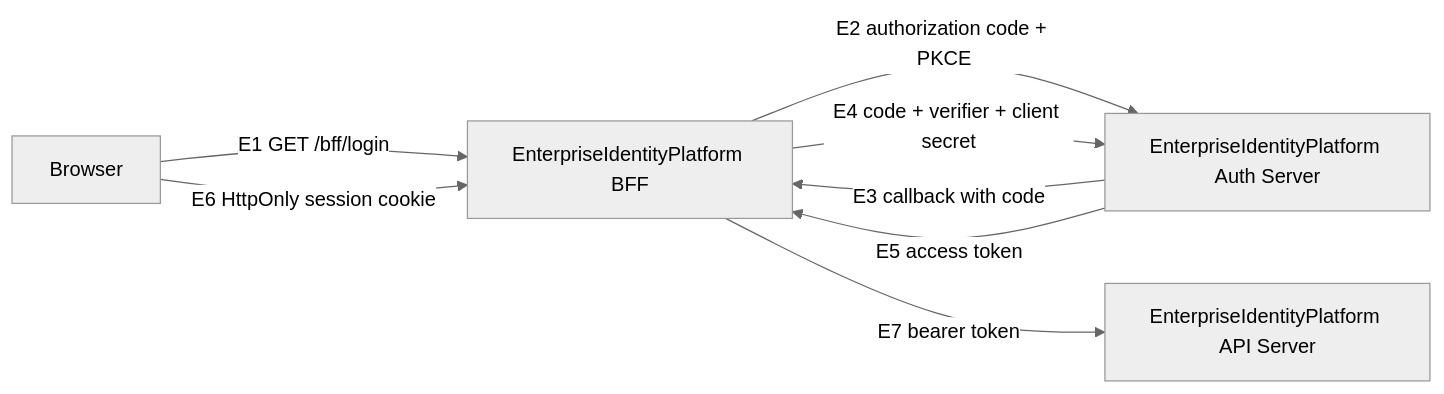
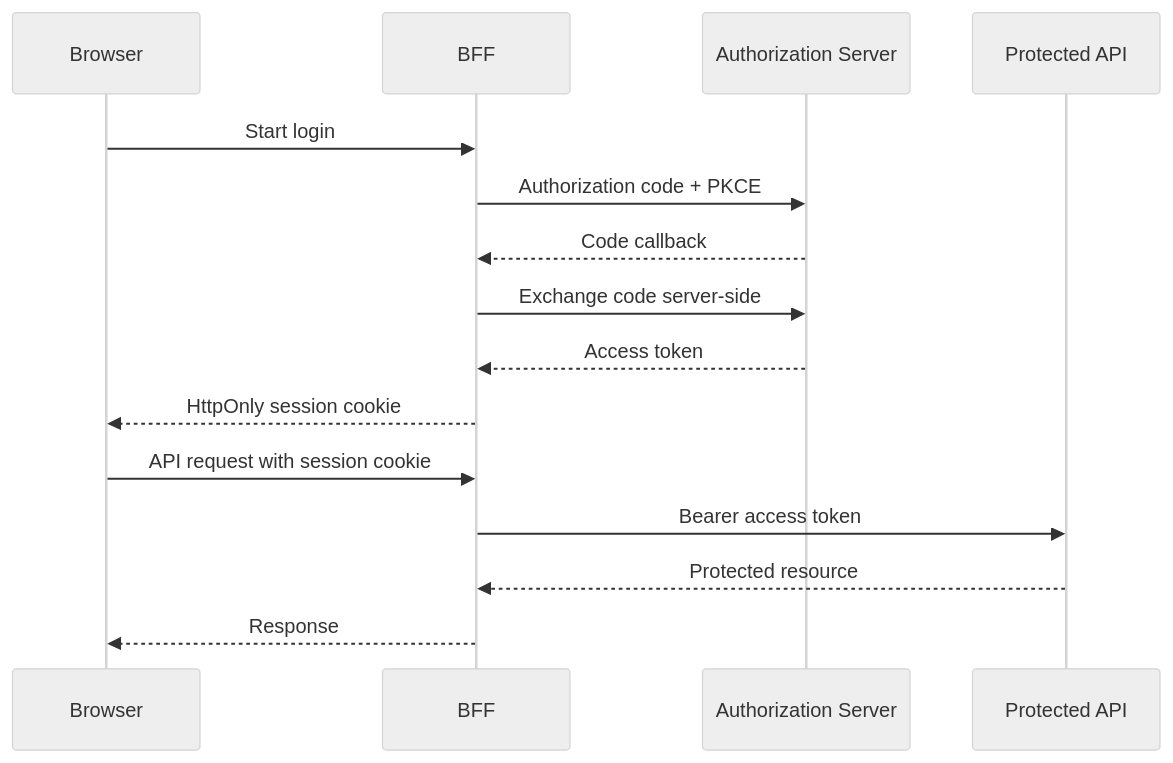
Before and after one commit to haoyucheng369-gif/EnterpriseIdentityPlatform: the second of 2 diagrams in README.md, drawn with Mermaid (neutral theme). The commit also changed other lines of this file, not shown here.

````diff
--- a/README.md
+++ b/README.md
@@ -78,15 +50,18 @@
 ```mermaid
-flowchart LR
-    Browser[Browser]
-    BFF[EnterpriseIdentityPlatform BFF]
-    Auth[EnterpriseIdentityPlatform Auth Server]
-    API[EnterpriseIdentityPlatform API Server]
+sequenceDiagram
+    participant Browser
+    participant BFF
+    participant Auth as Authorization Server
+    participant API as Protected API
 
-    Browser -->|E1 GET /bff/login| BFF
-    BFF -->|E2 authorization code + PKCE| Auth
-    Auth -->|E3 callback with code| BFF
-    BFF -->|E4 code + verifier + client secret| Auth
-    Auth -->|E5 access token| BFF
-    Browser -->|E6 HttpOnly session cookie| BFF
-    BFF -->|E7 bearer token| API
+    Browser->>BFF: Start login
+    BFF->>Auth: Authorization code + PKCE
+    Auth-->>BFF: Code callback
+    BFF->>Auth: Exchange code server-side
+    Auth-->>BFF: Access token
+    BFF-->>Browser: HttpOnly session cookie
+    Browser->>BFF: API request with session cookie
+    BFF->>API: Bearer access token
+    API-->>BFF: Protected resource
+    BFF-->>Browser: Response
 ```
````
